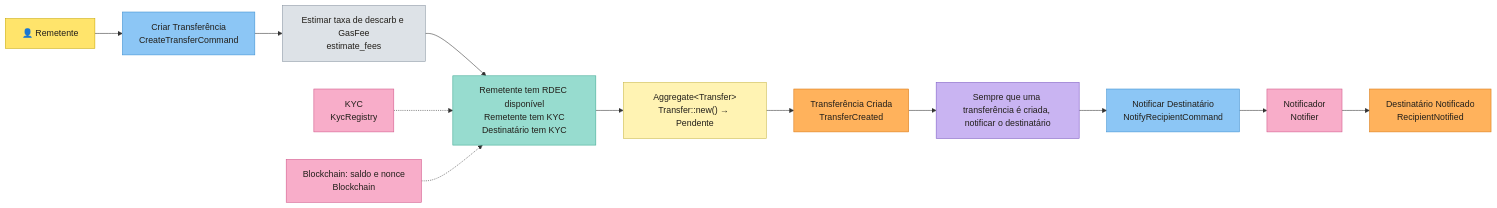
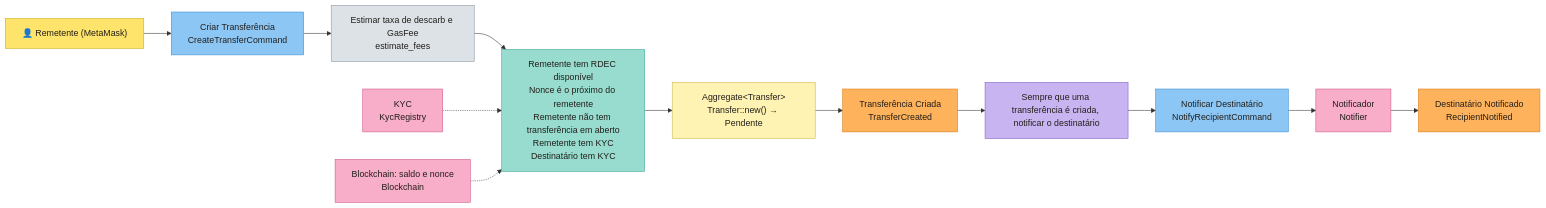
One commit to ecdesa-labs/cerne changed the third of 5 diagrams in README.md. Above: the diagram before and after it, drawn with Mermaid. The commit also changed other lines of this file and 50 other files, not shown here.

````diff
--- a/README.md
+++ b/README.md
@@ -202,22 +231,22 @@
 ```mermaid
 flowchart LR
-  sender["👤 Remetente"]:::actor --> create["Criar Transferência<br/>CreateTransferCommand"]:::command
+  sender["👤 Remetente (MetaMask)"]:::actor --> create["Criar Transferência<br/>CreateTransferCommand"]:::command
   create --> fees["Estimar taxa de descarb e GasFee<br/>estimate_fees"]:::service
-  fees --> rules["Remetente tem RDEC disponível<br/>Remetente tem KYC<br/>Destinatário tem KYC"]:::rule
+  fees --> rules["Remetente tem RDEC disponível<br/>Nonce é o próximo do remetente<br/>Remetente não tem transferência em aberto<br/>Remetente tem KYC<br/>Destinatário tem KYC"]:::rule
   rules --> transfer["Aggregate#lt;Transfer#gt;<br/>Transfer::new() → Pendente"]:::aggregate
   transfer --> created["Transferência Criada<br/>TransferCreated"]:::event
   created --> notifyPolicy["Sempre que uma transferência é criada, notificar o destinatário"]:::policy
   notifyPolicy --> notifyCmd["Notificar Destinatário<br/>NotifyRecipientCommand"]:::command
   notifyCmd --> notifier["Notificador<br/>Notifier"]:::external
   notifier --> notified["Destinatário Notificado<br/>RecipientNotified"]:::event
   kyc["KYC<br/>KycRegistry"]:::external -.-> rules
   chain["Blockchain: saldo e nonce<br/>Blockchain"]:::external -.-> rules
   classDef actor fill:#ffe46b,stroke:#c9a800,color:#221f1a
   classDef command fill:#8cc6f5,stroke:#3d8fd1,color:#221f1a
   classDef rule fill:#97dccf,stroke:#3fa892,color:#221f1a
   classDef service fill:#dde2e7,stroke:#8a96a3,color:#221f1a
   classDef aggregate fill:#fff3b3,stroke:#c9b84a,color:#221f1a
   classDef event fill:#ffb25c,stroke:#d97a14,color:#221f1a
   classDef policy fill:#c9b4f2,stroke:#7d5cc4,color:#221f1a
   classDef external fill:#f8adc9,stroke:#d0578a,color:#221f1a
 ```
````
